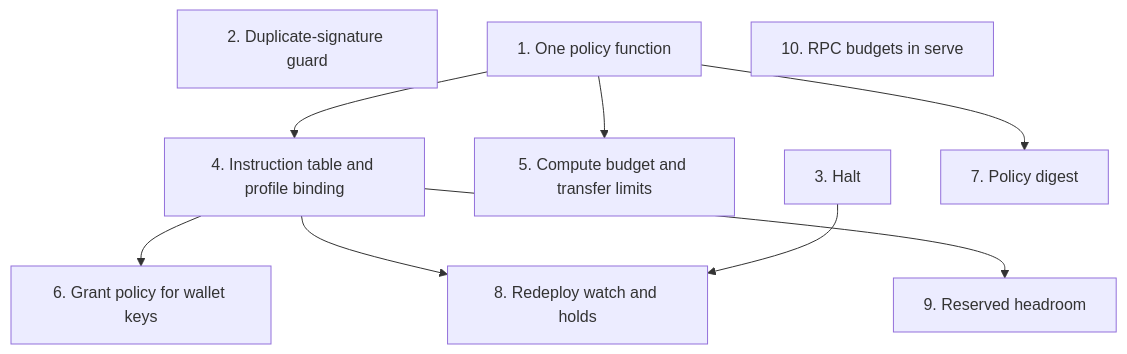
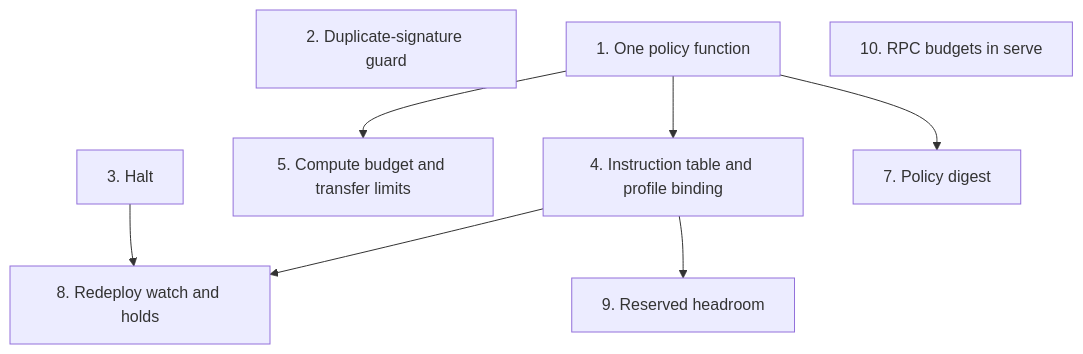
The diagram in docs/src/dev/hardening.md (ttdonovan/sa-forge-signer), drawn with Mermaid before and after one commit. The commit also changed other lines of this file and 1 other file, not shown here.

````diff
--- a/docs/src/dev/hardening.md
+++ b/docs/src/dev/hardening.md
@@ -19,20 +19,18 @@
 ```mermaid
 flowchart TD
     D["2. Duplicate-signature guard"]
     H["3. Halt"]
     P["1. One policy function"]
     C["5. Compute budget and transfer limits"]
     T["4. Instruction table and profile binding"]
-    G["6. Grant policy for wallet keys"]
     DG["7. Policy digest"]
     U["8. Redeploy watch and holds"]
     R["9. Reserved headroom"]
     B["10. RPC budgets in serve"]
     P --> C
     P --> T
-    T --> G
     T --> U
     T --> R
     P --> DG
     H --> U
 ```
````
